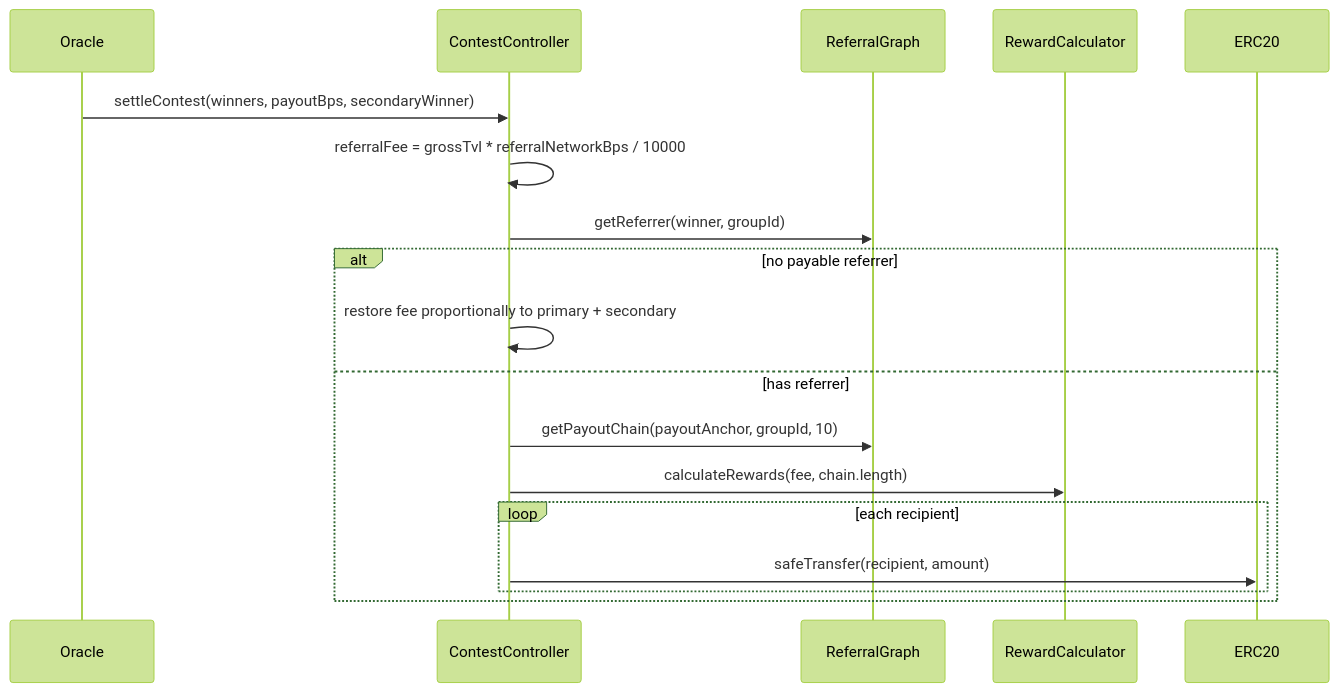
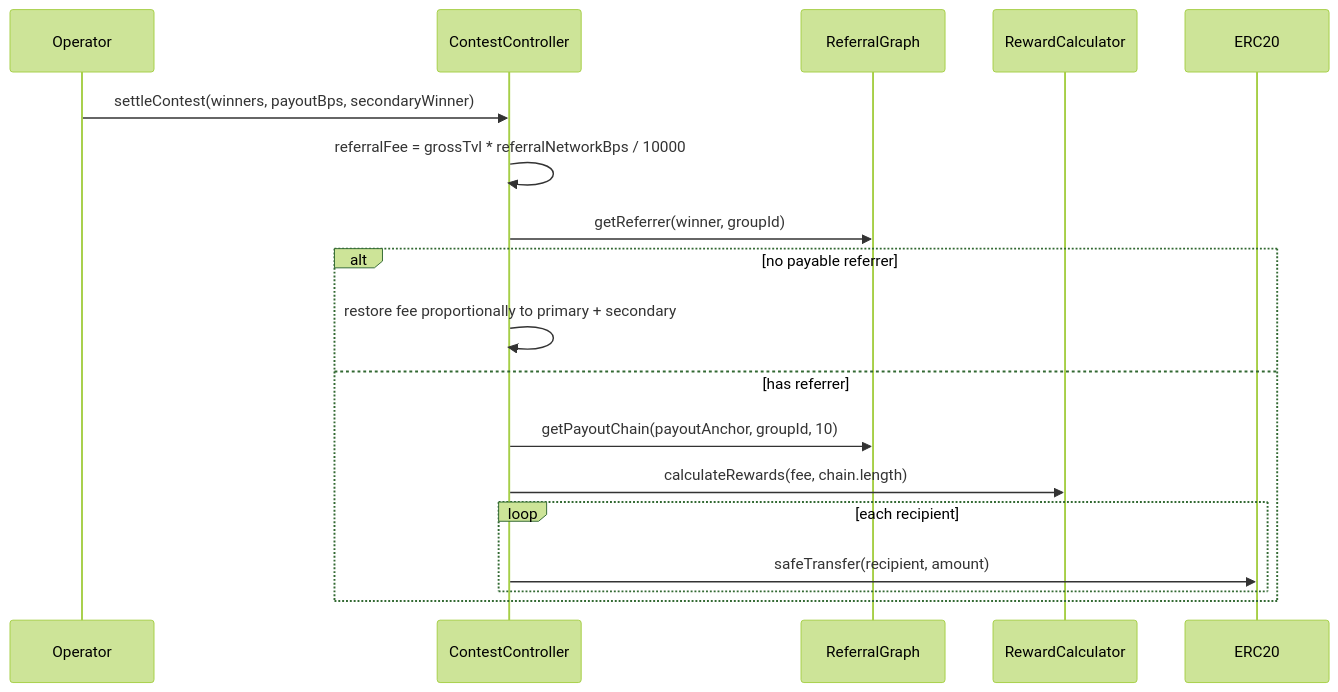
The diagram in docs/ReferralNetworkIntegration.md (MagRelo/contestCatalyst), drawn with Mermaid (forest theme) before and after one commit. The commit also changed other lines of this file and 9 other files, not shown here.

First line of the commit message:
Refactor contest operator role and update documentation

````diff
--- a/docs/ReferralNetworkIntegration.md
+++ b/docs/ReferralNetworkIntegration.md
@@ -9,21 +9,21 @@
 ```mermaid
 sequenceDiagram
-    participant Oracle
+    participant Operator
     participant Contest as ContestController
     participant Graph as ReferralGraph
     participant Calc as RewardCalculator
     participant Token as ERC20
 
-    Oracle->>Contest: settleContest(winners, payoutBps, secondaryWinner)
+    Operator->>Contest: settleContest(winners, payoutBps, secondaryWinner)
     Contest->>Contest: referralFee = grossTvl * referralNetworkBps / 10000
     Contest->>Graph: getReferrer(winner, groupId)
     alt no payable referrer
         Contest->>Contest: restore fee proportionally to primary + secondary
     else has referrer
         Contest->>Graph: getPayoutChain(payoutAnchor, groupId, 10)
         Contest->>Calc: calculateRewards(fee, chain.length)
         loop each recipient
             Contest->>Token: safeTransfer(recipient, amount)
         end
     end
 ```
````
